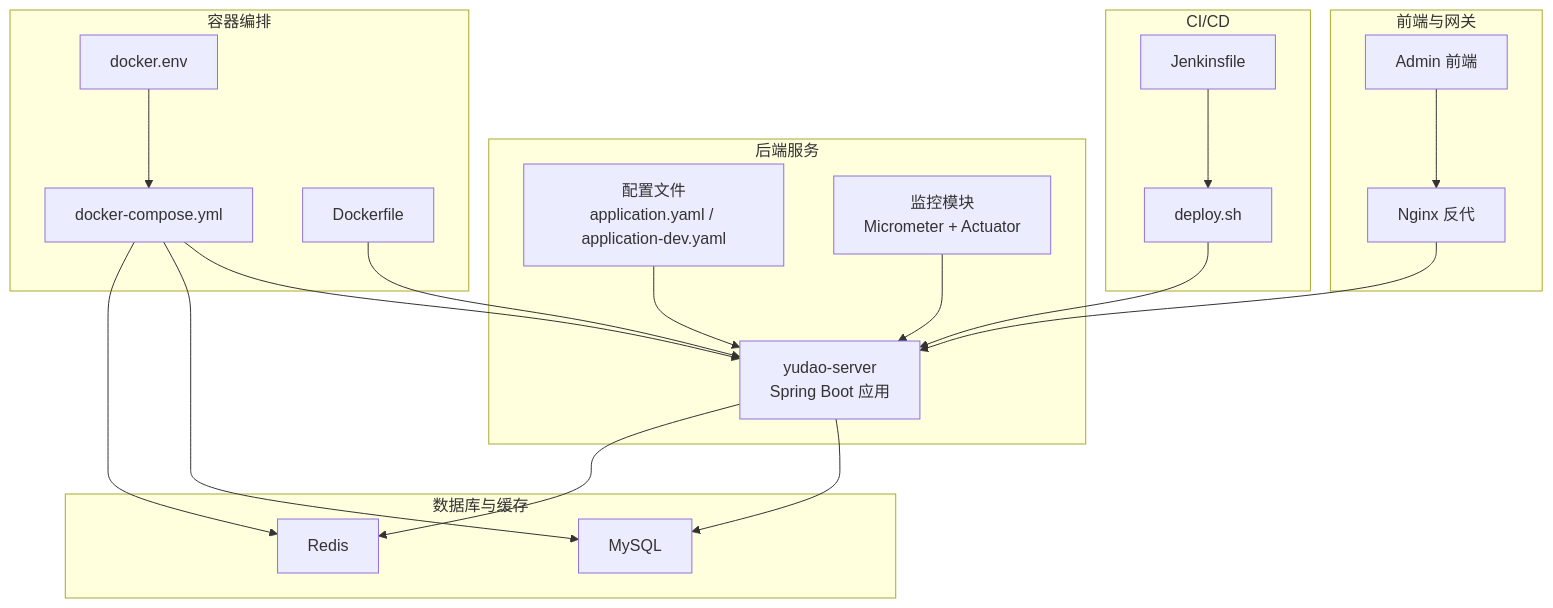
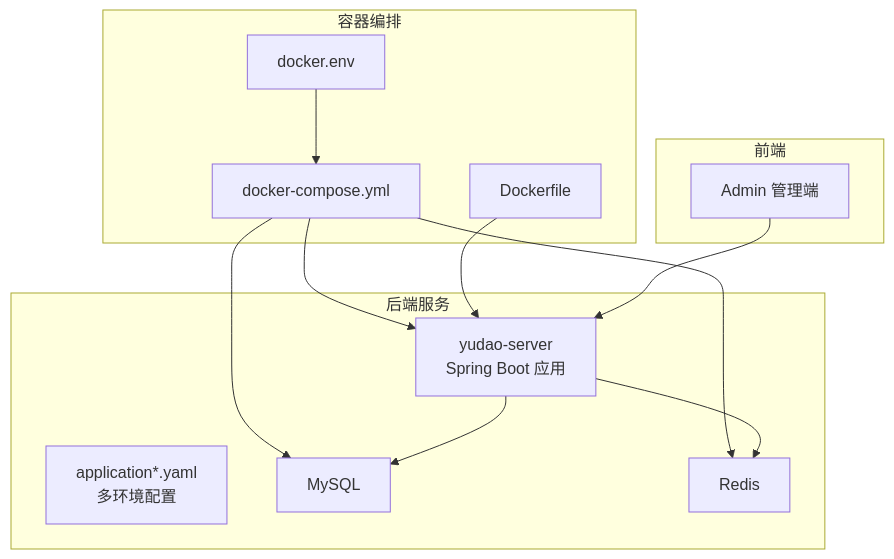
The first of 6 diagrams in .qoder/repowiki/zh/content/部署与运维/部署与运维.md (zhuangpengLI/AgenticCPS), drawn with Mermaid before and after one commit. The commit also changed other lines of this file and 293 other files, not shown here.

````diff
--- a/.qoder/repowiki/zh/content/部署与运维/部署与运维.md
+++ b/.qoder/repowiki/zh/content/部署与运维/部署与运维.md
@@ -40,38 +41,25 @@
 ```mermaid
 graph TB
-subgraph "后端服务"
-Srv["yudao-server<br/>Spring Boot 应用"]
-Cfg["配置文件<br/>application.yaml / application-dev.yaml"]
-Mon["监控模块<br/>Micrometer + Actuator"]
-end
 subgraph "容器编排"
 DC["docker-compose.yml"]
 DF["Dockerfile"]
 ENV["docker.env"]
 end
-subgraph "数据库与缓存"
+subgraph "后端服务"
+S["yudao-server<br/>Spring Boot 应用"]
+CFG["application*.yaml<br/>多环境配置"]
 DB["MySQL"]
-RD["Redis"]
+CACHE["Redis"]
 end
-subgraph "前端与网关"
-Admin["Admin 前端"]
-Nginx["Nginx 反代"]
+subgraph "前端"
+ADMIN["Admin 管理端"]
 end
-subgraph "CI/CD"
-JF["Jenkinsfile"]
-SH["deploy.sh"]
-end
-Admin --> Nginx
-Nginx --> Srv
-Srv --> DB
-Srv --> RD
-DC --> Srv
+DC --> S
 DC --> DB
-DC --> RD
-DF --> Srv
+DC --> CACHE
+DF --> S
 ENV --> DC
-JF --> SH
-SH --> Srv
-Mon --> Srv
-Cfg --> Srv
+S --> DB
+S --> CACHE
+ADMIN --> S
 ```
````
